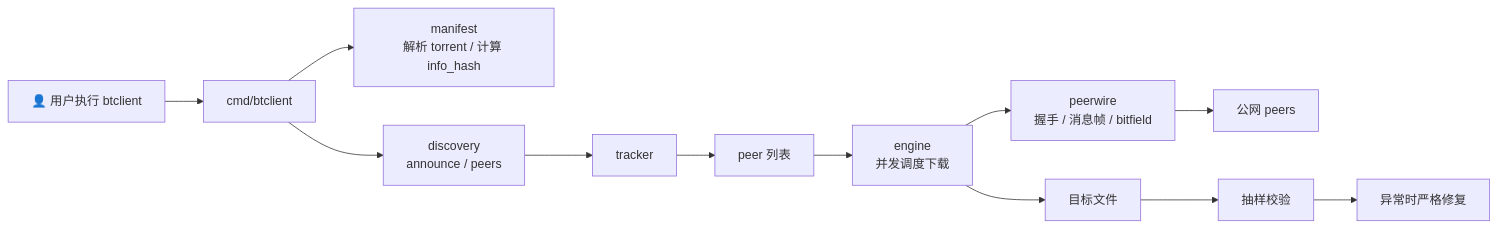
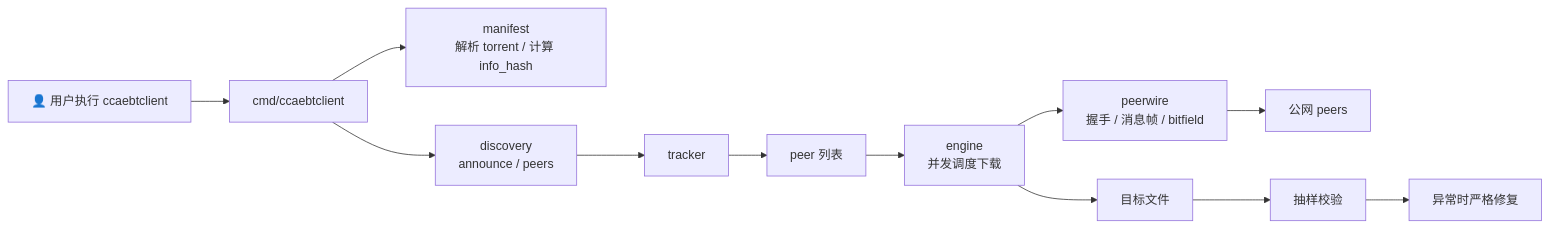
The first of 7 diagrams in README.md (SimonMing47/BitTorrent), drawn with Mermaid before and after one commit. The commit also changed other lines of this file and 14 other files, not shown here.

````diff
--- a/README.md
+++ b/README.md
@@ -73,14 +73,14 @@
 ```mermaid
 flowchart LR
-    U["👤 用户执行 btclient"] --> CLI["cmd/btclient"]
+    U["👤 用户执行 ccaebtclient"] --> CLI["cmd/ccaebtclient"]
     CLI --> MF["manifest<br/>解析 torrent / 计算 info_hash"]
     CLI --> DS["discovery<br/>announce / peers"]
     DS --> TR["tracker"]
     TR --> PEERLIST["peer 列表"]
     PEERLIST --> EN["engine<br/>并发调度下载"]
     EN --> PW["peerwire<br/>握手 / 消息帧 / bitfield"]
     PW --> PEERS["公网 peers"]
     EN --> FILE["目标文件"]
     FILE --> AUDIT["抽样校验"]
     AUDIT --> REPAIR["异常时严格修复"]
 ```
````
